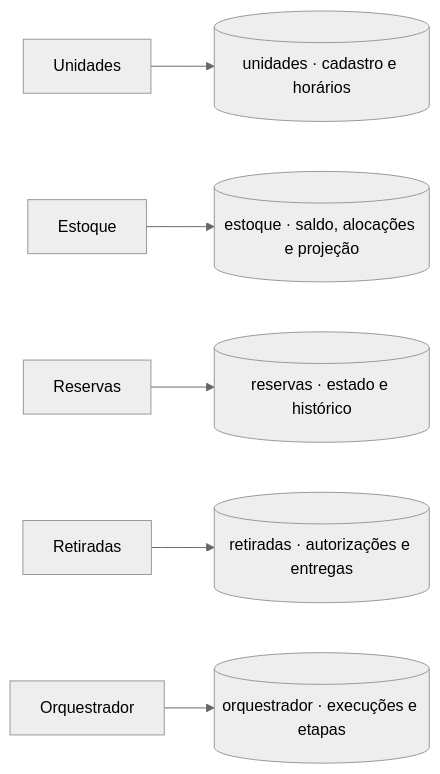
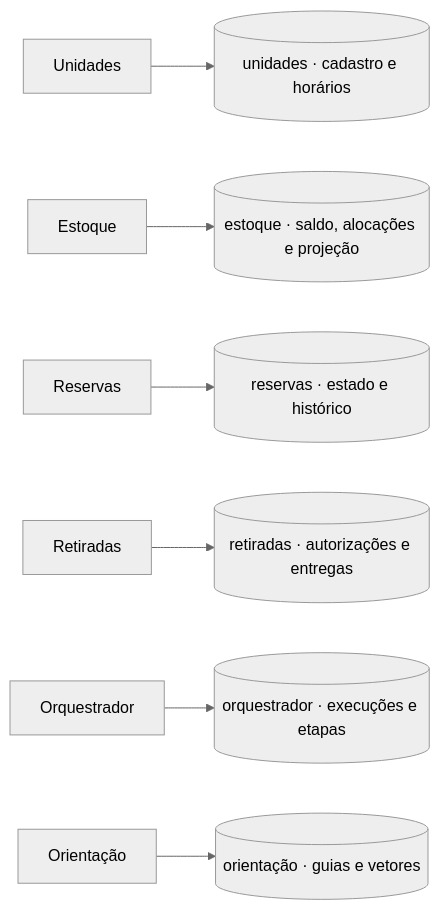
One commit to ArthurDp78/GlicoAcesso changed the tenth of 10 diagrams in docs/DOCUMENTACAO_TECNICA.md. Above: the diagram before and after it, drawn with Mermaid (neutral theme). The commit also changed other lines of this file and 1 other file, not shown here.

````diff
--- a/docs/DOCUMENTACAO_TECNICA.md
+++ b/docs/DOCUMENTACAO_TECNICA.md
@@ -415,8 +461,9 @@
 ```mermaid
 flowchart LR
     units["Unidades"] --> unitsDb[("unidades · cadastro e horários")]
     stock["Estoque"] --> stockDb[("estoque · saldo, alocações e projeção")]
     reservations["Reservas"] --> reservationsDb[("reservas · estado e histórico")]
     pickups["Retiradas"] --> pickupsDb[("retiradas · autorizações e entregas")]
     saga["Orquestrador"] --> sagaDb[("orquestrador · execuções e etapas")]
+    rag["Orientação"] --> ragDb[("orientação · guias e vetores")]
 ```
````
